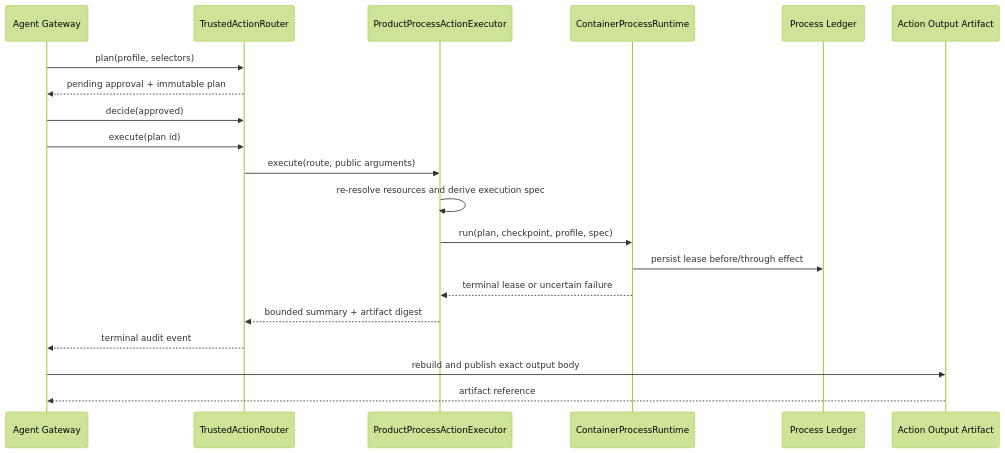
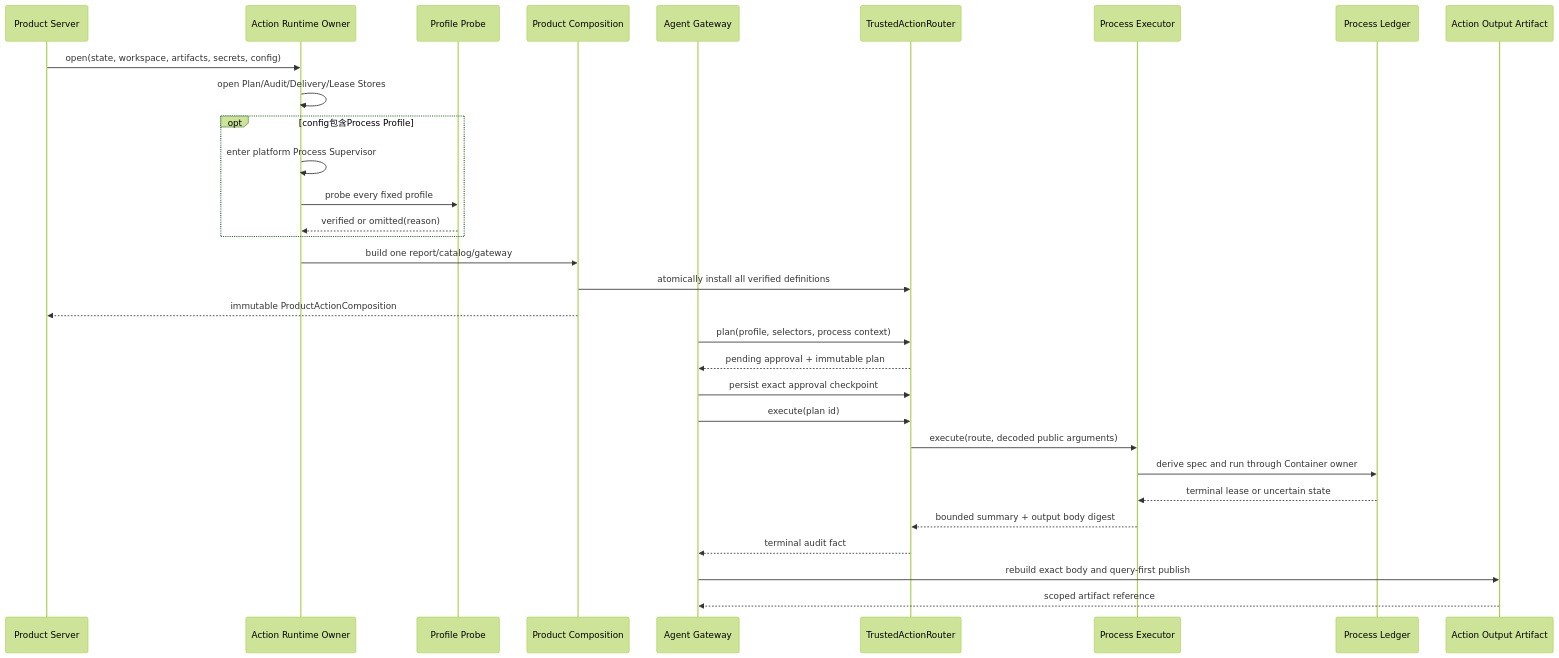
Diagram 20 of 20 in docs/changes/m09-1e-default-trusted-action-composition.md (carrie1988/Harnessix), drawn with Mermaid (forest theme) before and after one commit. The commit also changed other lines of this file and 25 other files, not shown here.

````diff
--- a/docs/changes/m09-1e-default-trusted-action-composition.md
+++ b/docs/changes/m09-1e-default-trusted-action-composition.md
@@ -1608,22 +1641,34 @@
 ```mermaid
 sequenceDiagram
-    participant A as Agent Gateway
+    participant S as Product Server
+    participant O as Action Runtime Owner
+    participant P as Profile Probe
+    participant C as Product Composition
+    participant G as Agent Gateway
     participant R as TrustedActionRouter
-    participant E as ProductProcessActionExecutor
-    participant C as ContainerProcessRuntime
+    participant E as Process Executor
     participant L as Process Ledger
-    participant O as Action Output Artifact
-    A->>R: plan(profile, selectors)
-    R-->>A: pending approval + immutable plan
-    A->>R: decide(approved)
-    A->>R: execute(plan id)
-    R->>E: execute(route, public arguments)
-    E->>E: re-resolve resources and derive execution spec
-    E->>C: run(plan, checkpoint, profile, spec)
-    C->>L: persist lease before/through effect
-    C-->>E: terminal lease or uncertain failure
-    E-->>R: bounded summary + artifact digest
-    R-->>A: terminal audit event
-    A->>O: rebuild and publish exact output body
-    O-->>A: artifact reference
+    participant A as Action Output Artifact
+
+    S->>O: open(state, workspace, artifacts, secrets, config)
+    O->>O: open Plan/Audit/Delivery/Lease Stores
+    opt config包含Process Profile
+        O->>O: enter platform Process Supervisor
+        O->>P: probe every fixed profile
+        P-->>O: verified or omitted(reason)
+    end
+    O->>C: build one report/catalog/gateway
+    C->>R: atomically install all verified definitions
+    C-->>S: immutable ProductActionComposition
+    G->>R: plan(profile, selectors, process context)
+    R-->>G: pending approval + immutable plan
+    G->>R: persist exact approval checkpoint
+    G->>R: execute(plan id)
+    R->>E: execute(route, decoded public arguments)
+    E->>L: derive spec and run through Container owner
+    L-->>E: terminal lease or uncertain state
+    E-->>R: bounded summary + output body digest
+    R-->>G: terminal audit fact
+    G->>A: rebuild exact body and query-first publish
+    A-->>G: scoped artifact reference
 ```
````
